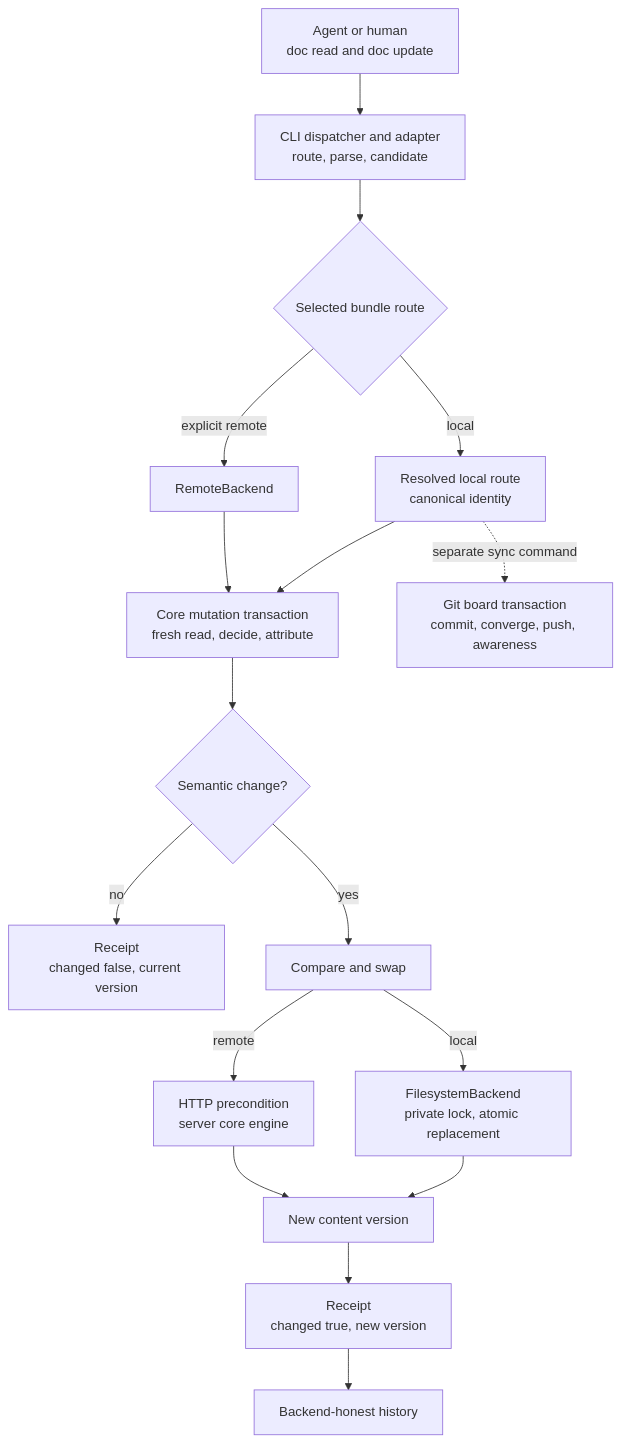
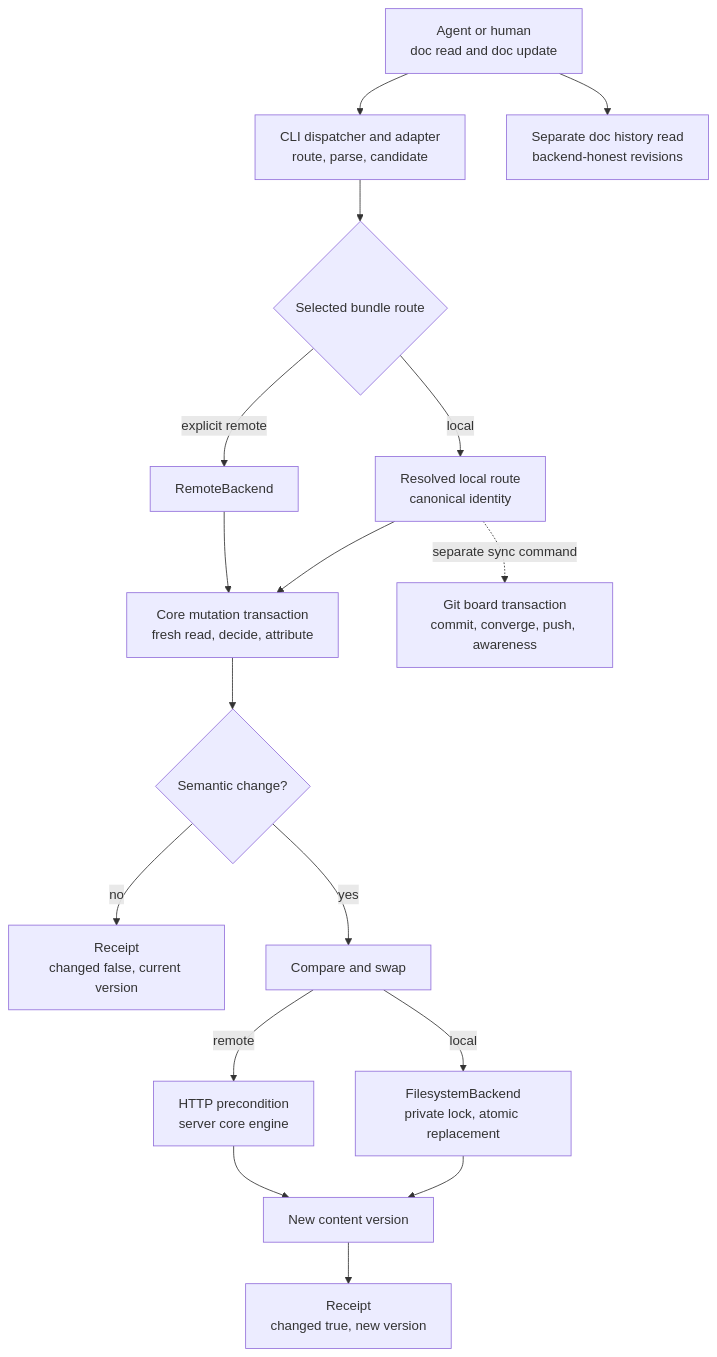
The diagram in .superbee/visuals/sources/document-mutation-lifecycle.mmd (Holaxis-ai/superbee-docs), drawn with Mermaid before and after one commit. The commit also changed 7 other files, not shown here.

Commit message:
fix(review): preserve architecture authority boundaries

```diff
--- a/.superbee/visuals/sources/document-mutation-lifecycle.mmd
+++ b/.superbee/visuals/sources/document-mutation-lifecycle.mmd
@@ -1,32 +1,32 @@
 flowchart TD
   accTitle: Superbee document mutation lifecycle
   accDescr {
     An agent or human invokes document read and update commands. Local and explicit remote routes
     converge on the core mutation transaction. A semantic no-op returns the current version, while
     a real change crosses a local atomic or remote HTTP compare-and-swap boundary and returns a new
     version. An optional later sync publishes the durable local state through a separate Git
     transaction.
   }
 
   actor["Agent or human<br/>doc read and doc update"] --> cli["CLI dispatcher and adapter<br/>route, parse, candidate"]
   cli --> route{"Selected bundle route"}
 
   route -->|"local"| local["Resolved local route<br/>canonical identity"]
   route -->|"explicit remote"| remote["RemoteBackend"]
 
   local --> core["Core mutation transaction<br/>fresh read, decide, attribute"]
   remote --> core
   core --> change{"Semantic change?"}
 
   change -->|"no"| unchanged["Receipt<br/>changed false, current version"]
   change -->|"yes"| cas["Compare and swap"]
 
   cas -->|"local"| filesystem["FilesystemBackend<br/>private lock, atomic replacement"]
   cas -->|"remote"| http["HTTP precondition<br/>server core engine"]
 
   filesystem --> version["New content version"]
   http --> version
   version --> receipt["Receipt<br/>changed true, new version"]
-  receipt --> history["Backend-honest history"]
+  actor --> history["Separate doc history read<br/>backend-honest revisions"]
 
   local -. "separate sync command" .-> sync["Git board transaction<br/>commit, converge, push, awareness"]
```
